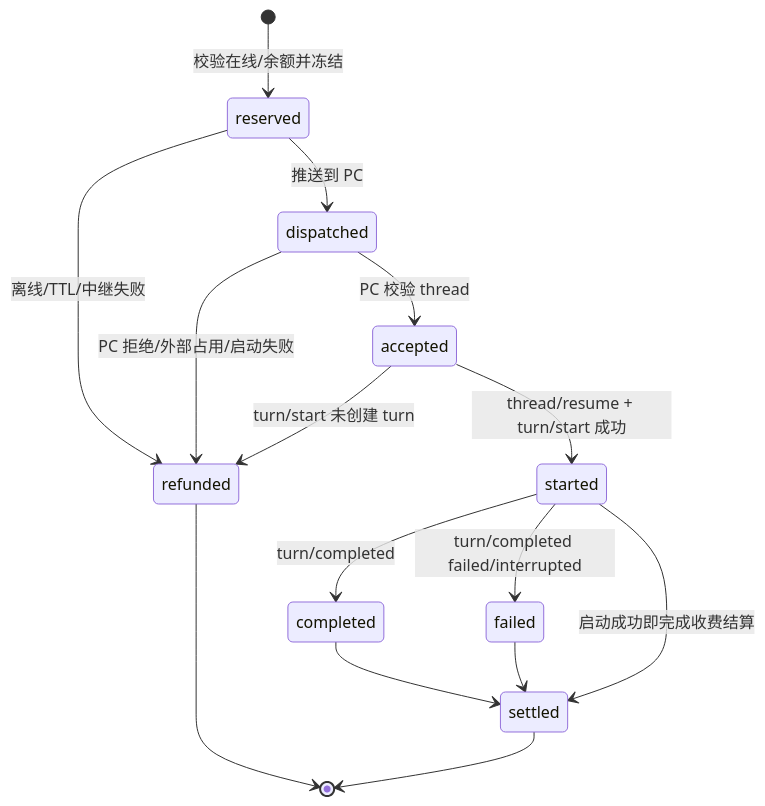
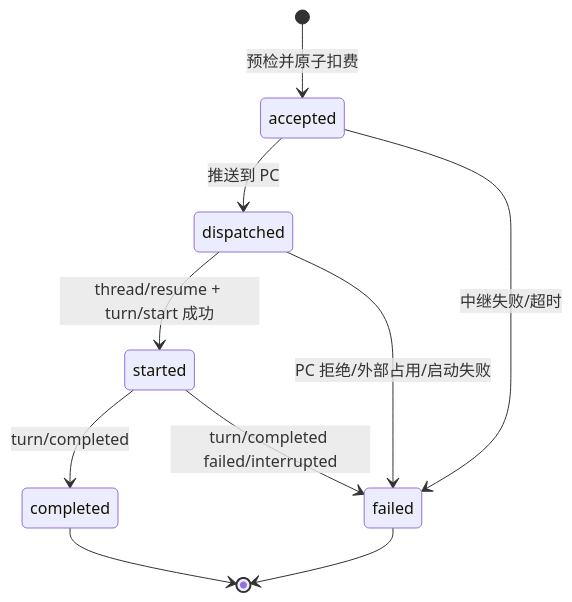
One commit to sjz960913/sub2api changed the fourth of 5 diagrams in docs/mobile-codex/02-system-architecture.md. Above: the diagram before and after it, drawn with Mermaid. The commit also changed other lines of this file and 13 other files, not shown here.

````diff
--- a/docs/mobile-codex/02-system-architecture.md
+++ b/docs/mobile-codex/02-system-architecture.md
@@ -114,17 +114,12 @@
 ```mermaid
 stateDiagram-v2
-    [*] --> reserved: 校验在线/余额并冻结
-    reserved --> dispatched: 推送到 PC
-    dispatched --> accepted: PC 校验 thread
-    accepted --> started: thread/resume + turn/start 成功
+    [*] --> accepted: 预检并原子扣费
+    accepted --> dispatched: 推送到 PC
+    dispatched --> started: thread/resume + turn/start 成功
     started --> completed: turn/completed
     started --> failed: turn/completed failed/interrupted
-    reserved --> refunded: 离线/TTL/中继失败
-    dispatched --> refunded: PC 拒绝/外部占用/启动失败
-    accepted --> refunded: turn/start 未创建 turn
-    completed --> settled
-    failed --> settled
-    started --> settled: 启动成功即完成收费结算
-    refunded --> [*]
-    settled --> [*]
+    accepted --> failed: 中继失败/超时
+    dispatched --> failed: PC 拒绝/外部占用/启动失败
+    completed --> [*]
+    failed --> [*]
 ```
````
